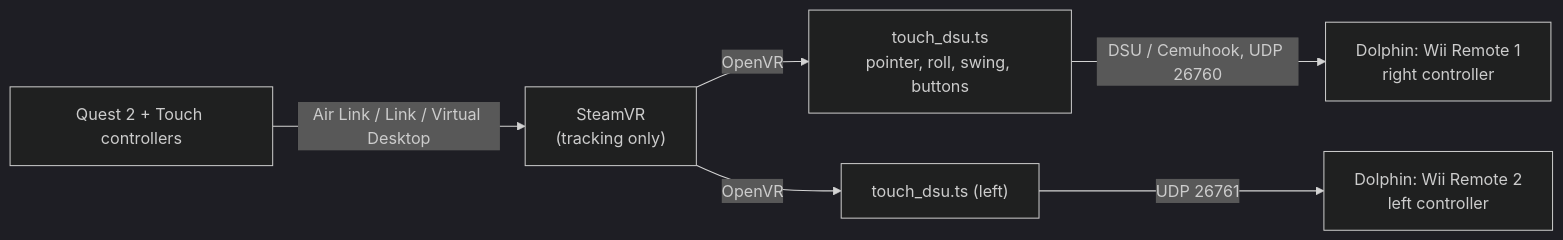
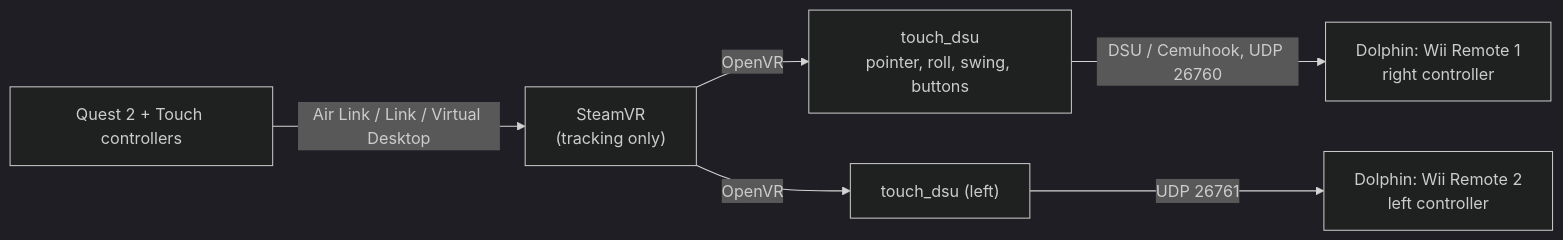
One commit to avi12/quest-touch-to-wii-emulation changed the diagram in README.md. Above: the diagram before and after it, drawn with Mermaid (dark theme). The commit also changed other lines of this file and 5 other files, not shown here.

````diff
--- a/README.md
+++ b/README.md
@@ -5,8 +5,8 @@
 ```mermaid
 flowchart LR
     Q["Quest 2 + Touch controllers"] -- "Air Link / Link / Virtual Desktop" --> S["SteamVR<br/>(tracking only)"]
-    S -- OpenVR --> B["touch_dsu.ts<br/>pointer, roll, swing, buttons"]
+    S -- OpenVR --> B["touch_dsu<br/>pointer, roll, swing, buttons"]
     B -- "DSU / Cemuhook, UDP 26760" --> D1["Dolphin: Wii Remote 1<br/>right controller"]
-    B2["touch_dsu.ts (left)"] -- "UDP 26761" --> D2["Dolphin: Wii Remote 2<br/>left controller"]
+    B2["touch_dsu (left)"] -- "UDP 26761" --> D2["Dolphin: Wii Remote 2<br/>left controller"]
     S -- OpenVR --> B2
 ```
````
